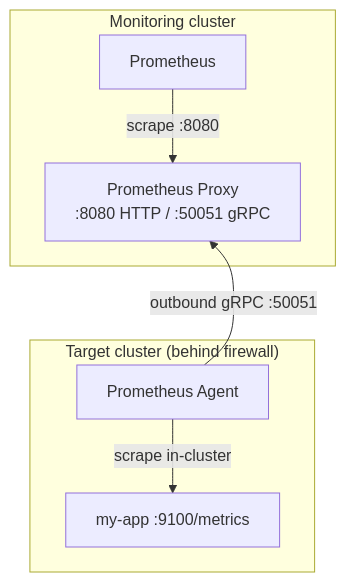
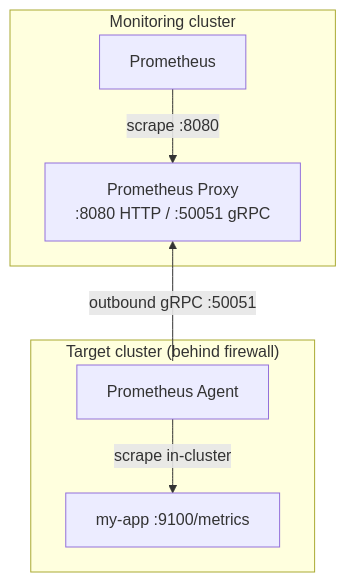
Before and after one commit to pambrose/prometheus-proxy: the diagram in website/prometheus-proxy/docs/kubernetes.md, drawn with Mermaid. The commit also changed 24 other files, not shown here.

````diff
--- a/website/prometheus-proxy/docs/kubernetes.md
+++ b/website/prometheus-proxy/docs/kubernetes.md
@@ -20,25 +20,26 @@
 ```mermaid
 flowchart TB
   accTitle: The proxy and agent charts in two clusters
   accDescr {
     In the monitoring cluster, Prometheus scrapes the proxy on port 8080, and the proxy listens for agents on gRPC
     port 50051. In the target cluster, behind a firewall, the agent scrapes my-app's /metrics on port 9100 in the
     cluster and connects out to the proxy over gRPC on port 50051.
   }
   subgraph monitoring["Monitoring cluster"]
     prom["Prometheus"]
     proxy["Prometheus Proxy<br/>:8080 HTTP / :50051 gRPC"]
     prom -- "scrape :8080" --> proxy
   end
 
   subgraph target["Target cluster (behind firewall)"]
     agent["Prometheus Agent"]
     app["my-app :9100/metrics"]
     agent -- "scrape in-cluster" --> app
   end
 
-  %% The agent connects out to the proxy, so its arrow points back up. The invisible link keeps the monitoring
-  %% cluster above the target one, as on the other pages.
-  proxy ~~~ agent
-  agent -- "outbound gRPC :50051" --> proxy
+  %% The agent connects out to the proxy, so its edge's one arrowhead is at the proxy. The edge is written from the
+  %% proxy, which keeps the agent below it, as a two-way edge whose other arrowhead linkStyle takes off. Written from
+  %% the agent, it needed an invisible link to keep that order, and the layout bent the edge around the link.
+  proxy <-->|"outbound gRPC :50051"| agent
+  linkStyle 2 marker-end:none
 ```
````
